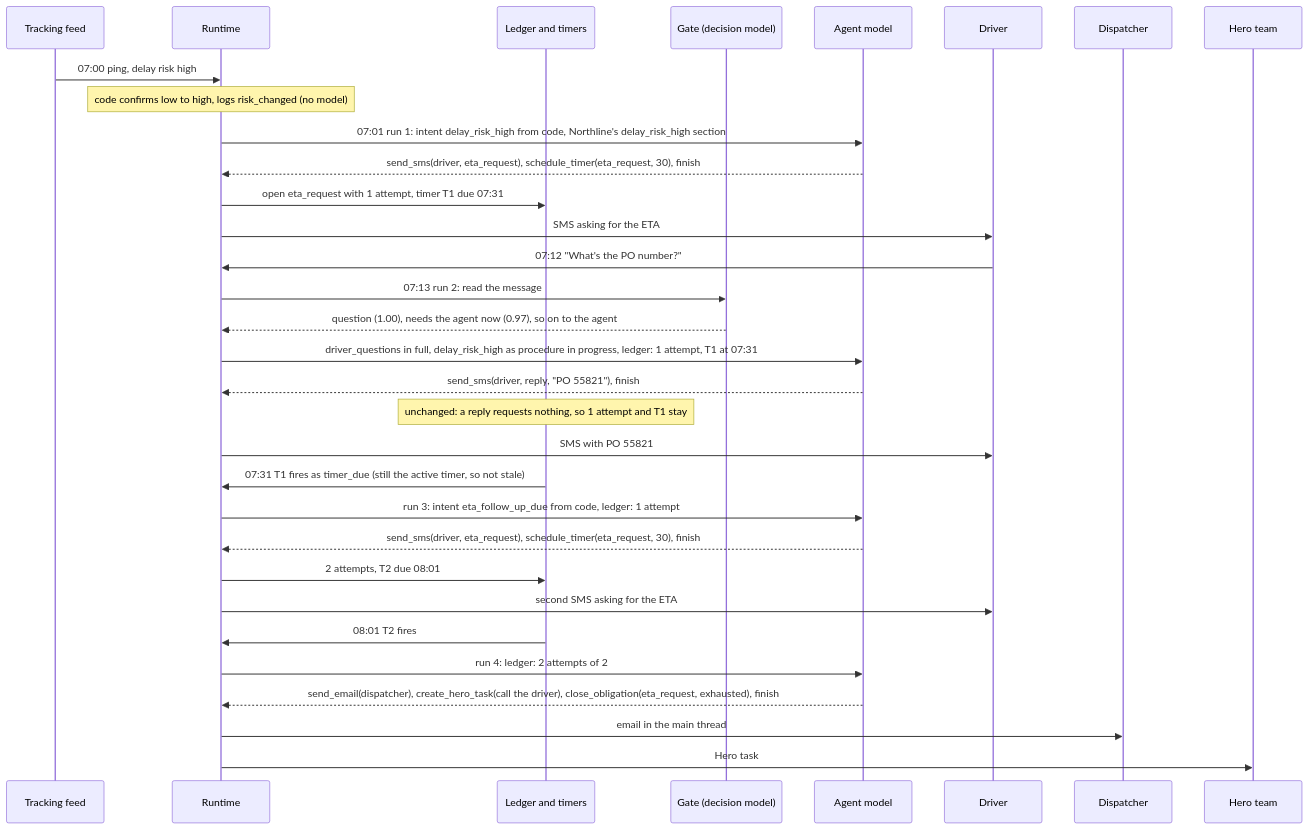
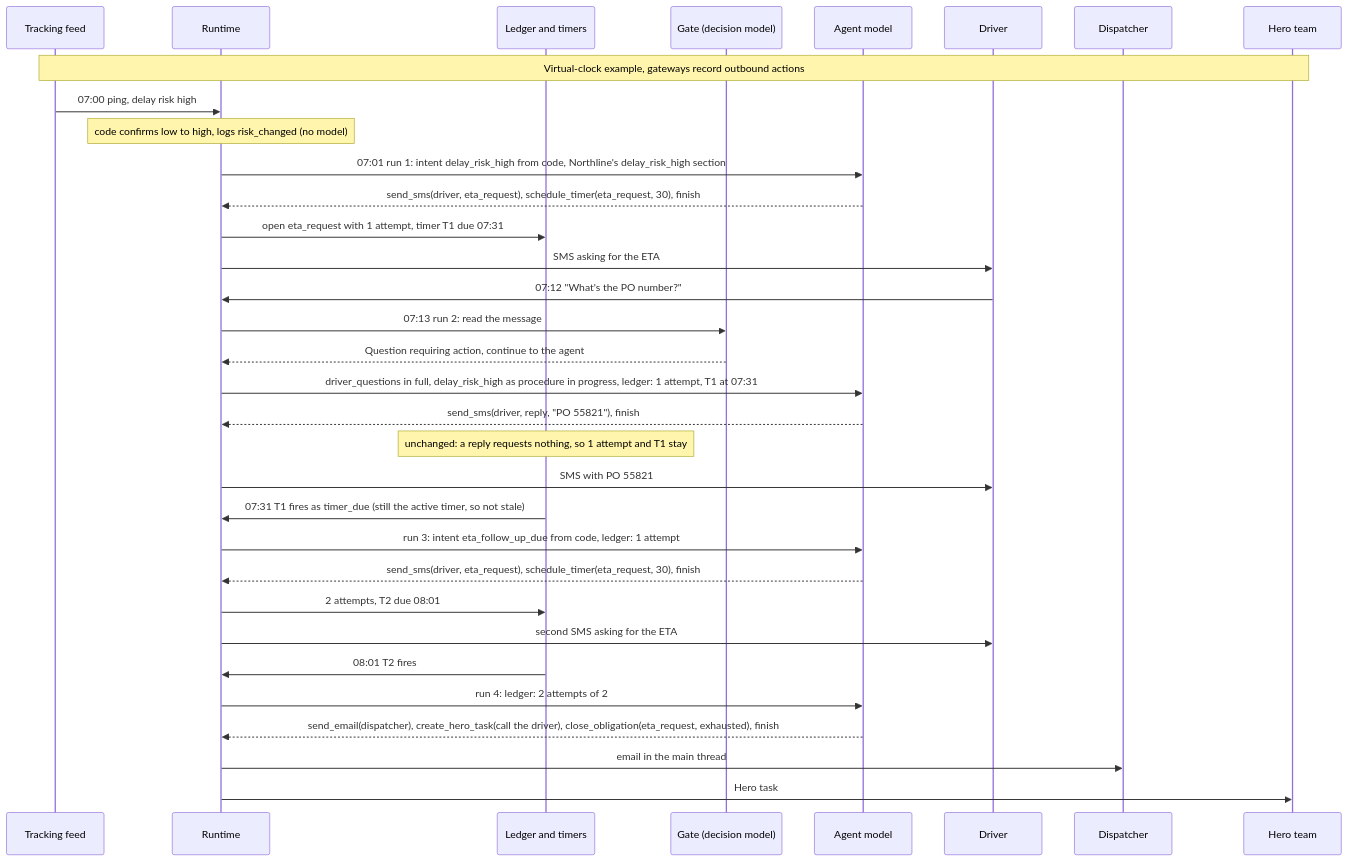
One commit to pedrocwb/freight-hero-assessment changed the eighth of 14 diagrams in docs/architecture.md. Above: the diagram before and after it, drawn with Mermaid. The commit also changed other lines of this file and 1 other file, not shown here.

Commit message:
docs: redraw architecture diagrams for durable broker operations

````diff
--- a/docs/architecture.md
+++ b/docs/architecture.md
@@ -312,35 +371,36 @@
 ```mermaid
 sequenceDiagram
   participant T as Tracking feed
   participant R as Runtime
   participant L as Ledger and timers
   participant G as Gate (decision model)
   participant A as Agent model
   participant D as Driver
   participant P as Dispatcher
   participant H as Hero team
 
+  Note over T,H: Virtual-clock example, gateways record outbound actions
   T->>R: 07:00 ping, delay risk high
   Note over R: code confirms low to high, logs risk_changed (no model)
   R->>A: 07:01 run 1: intent delay_risk_high from code, Northline's delay_risk_high section
   A-->>R: send_sms(driver, eta_request), schedule_timer(eta_request, 30), finish
   R->>L: open eta_request with 1 attempt, timer T1 due 07:31
   R->>D: SMS asking for the ETA
   D->>R: 07:12 "What's the PO number?"
   R->>G: 07:13 run 2: read the message
-  G-->>R: question (1.00), needs the agent now (0.97), so on to the agent
+  G-->>R: Question requiring action, continue to the agent
   R->>A: driver_questions in full, delay_risk_high as procedure in progress, ledger: 1 attempt, T1 at 07:31
   A-->>R: send_sms(driver, reply, "PO 55821"), finish
   Note over L: unchanged: a reply requests nothing, so 1 attempt and T1 stay
   R->>D: SMS with PO 55821
   L->>R: 07:31 T1 fires as timer_due (still the active timer, so not stale)
   R->>A: run 3: intent eta_follow_up_due from code, ledger: 1 attempt
   A-->>R: send_sms(driver, eta_request), schedule_timer(eta_request, 30), finish
   R->>L: 2 attempts, T2 due 08:01
   R->>D: second SMS asking for the ETA
   L->>R: 08:01 T2 fires
   R->>A: run 4: ledger: 2 attempts of 2
   A-->>R: send_email(dispatcher), create_hero_task(call the driver), close_obligation(eta_request, exhausted), finish
   R->>P: email in the main thread
   R->>H: Hero task
 ```
````
